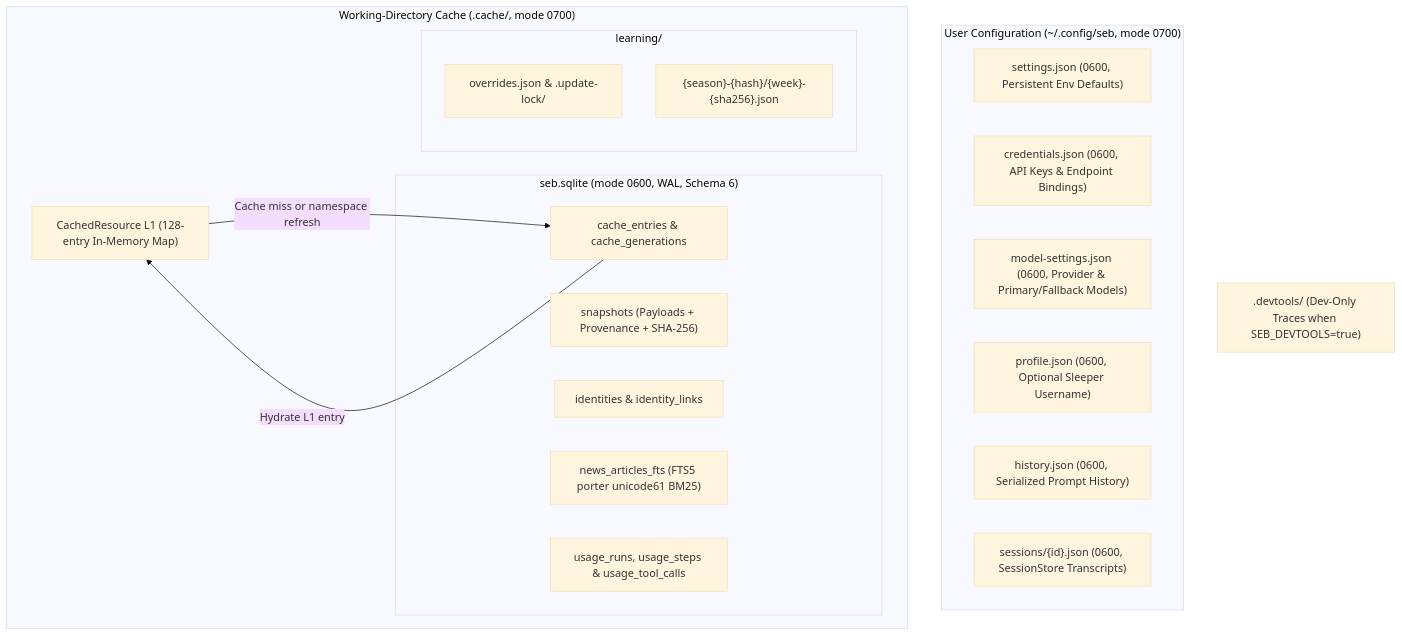
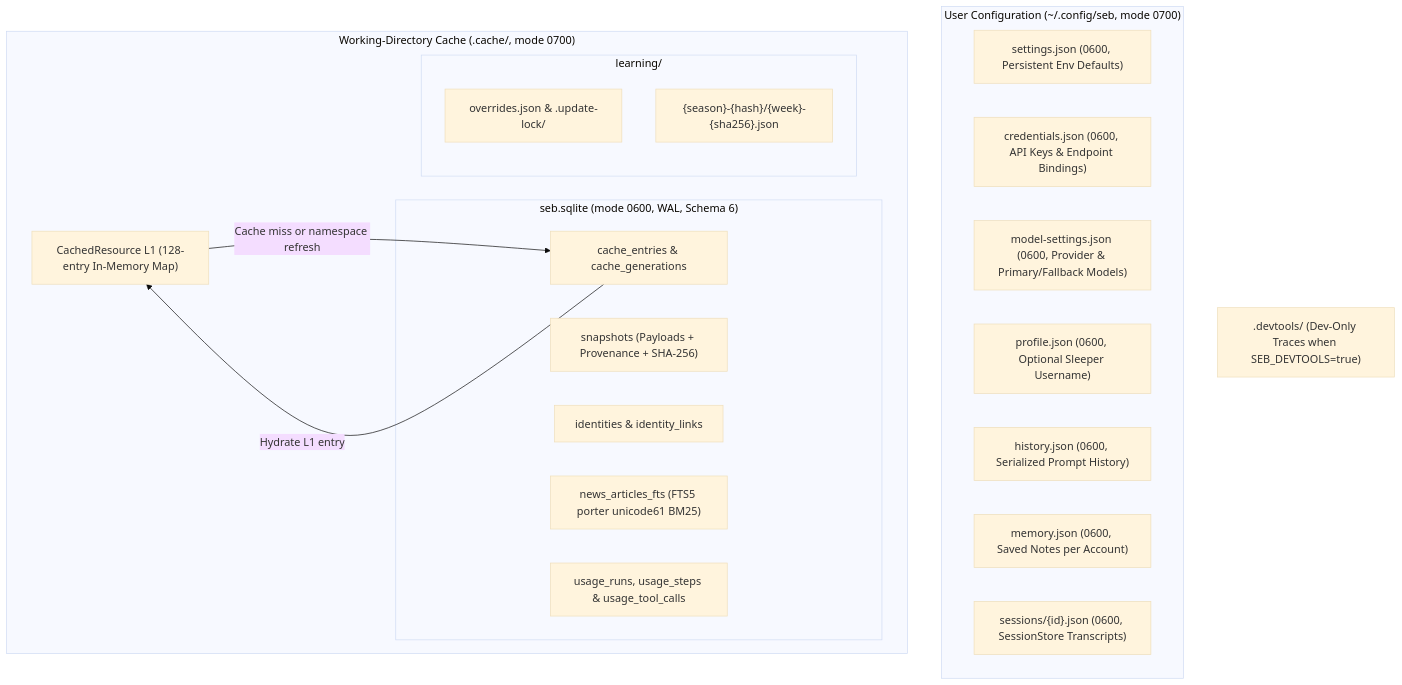
One commit to arvarik/seb changed the diagram in docs/STORAGE.md. Above: the diagram before and after it, drawn with Mermaid (base theme). The commit also changed other lines of this file and 14 other files, not shown here.

First line of the commit message:
feat(memory): save confirmed notes across sessions and scope decisions by week (#83)

````diff
--- a/docs/STORAGE.md
+++ b/docs/STORAGE.md
@@ -5,31 +5,32 @@
 ```mermaid
 flowchart TD
   subgraph UserHome["User Configuration (~/.config/seb, mode 0700)"]
     SET["settings.json (0600, Persistent Env Defaults)"]
     CRED["credentials.json (0600, API Keys & Endpoint Bindings)"]
     MOD["model-settings.json (0600, Provider & Primary/Fallback Models)"]
     PROF["profile.json (0600, Optional Sleeper Username)"]
     HIST["history.json (0600, Serialized Prompt History)"]
+    MEM["memory.json (0600, Saved Notes per Account)"]
     SESS["sessions/{id}.json (0600, SessionStore Transcripts)"]
   end
 
   subgraph WorkCache["Working-Directory Cache (.cache/, mode 0700)"]
     L1["CachedResource L1 (128-entry In-Memory Map)"]
     subgraph SQLite["seb.sqlite (mode 0600, WAL, Schema 6)"]
       CE["cache_entries & cache_generations"]
       SNAP["snapshots (Payloads + Provenance + SHA-256)"]
       ID["identities & identity_links"]
       FTS["news_articles_fts (FTS5 porter unicode61 BM25)"]
       USE["usage_runs, usage_steps & usage_tool_calls"]
     end
     subgraph Learn["learning/"]
       OVR["overrides.json & .update-lock/"]
       REV["{season}-{hash}/{week}-{sha256}.json"]
     end
   end
 
   DEV[".devtools/ (Dev-Only Traces when SEB_DEVTOOLS=true)"]
 
   L1 -->|"Cache miss or namespace refresh"| CE
   CE -->|"Hydrate L1 entry"| L1
 ```
````
